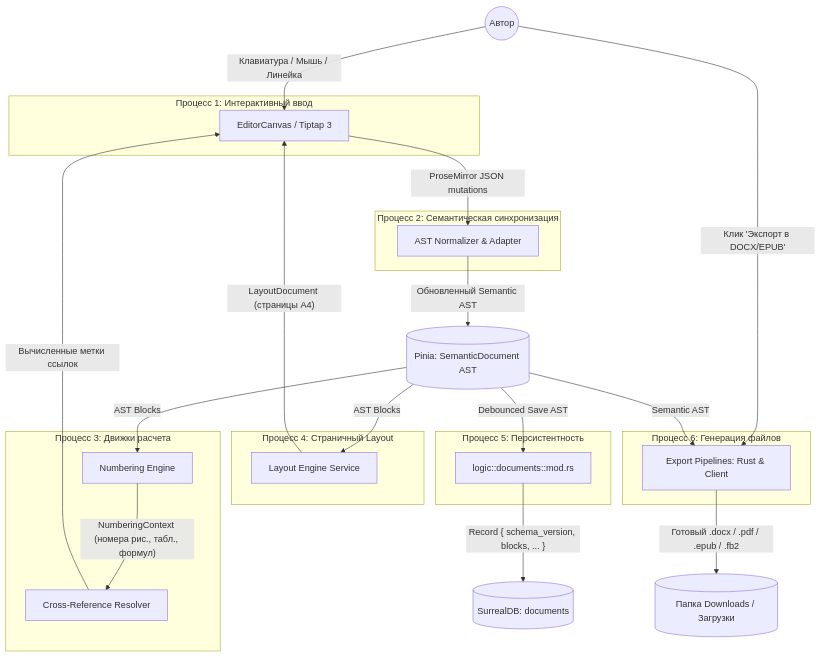
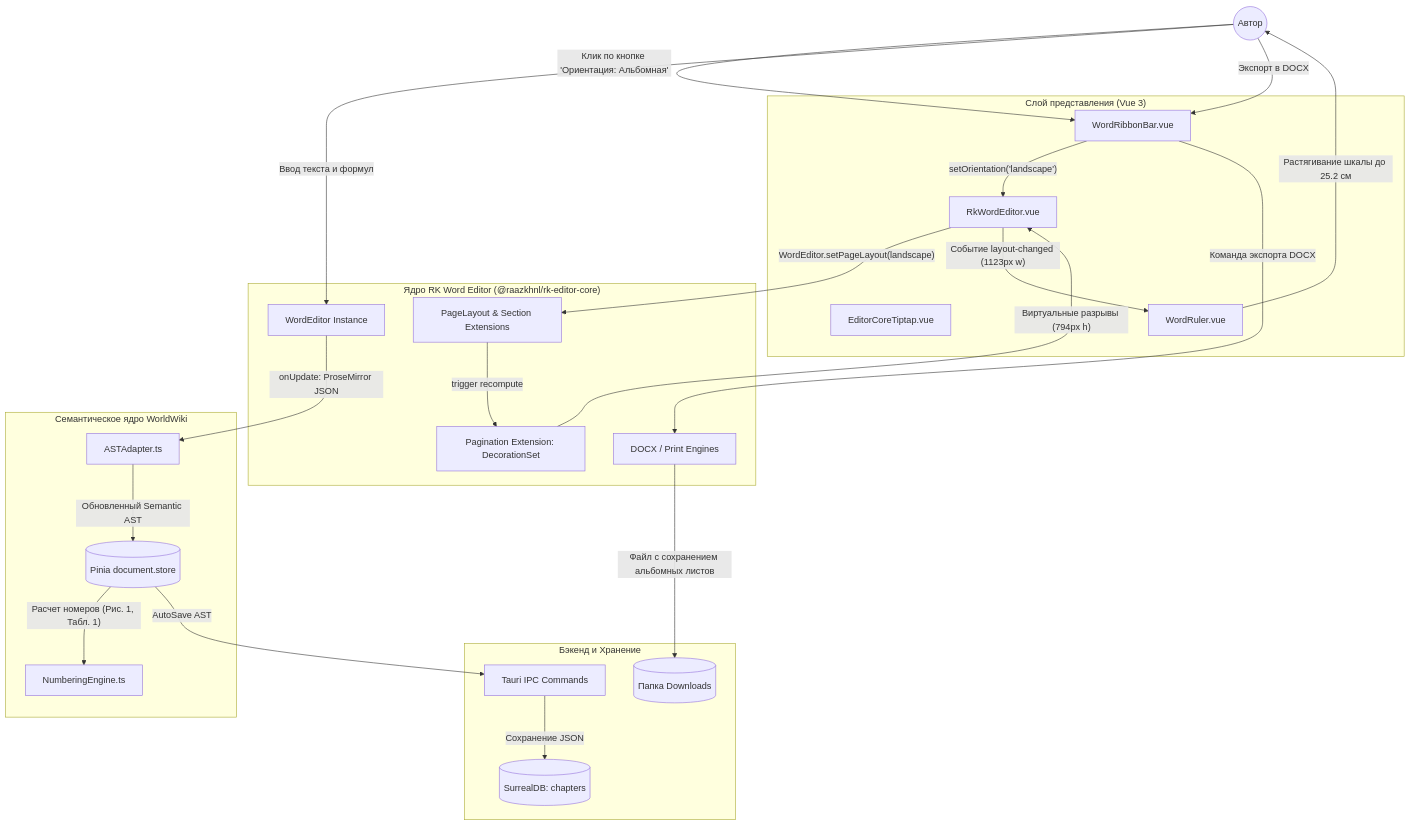
Before and after one commit to nagisokyn-prog/WorldWiki: the second of 4 diagrams in www.md, drawn with Mermaid. The commit also changed other lines of this file and 31 other files, not shown here.

Commit message:
feat: integrate RkWordEditor mode with ruler, ribbon bar, and paragraph formatting into the chapter editor

````diff
--- a/www.md
+++ b/www.md
@@ -279,51 +174,49 @@
 ```mermaid
 flowchart TD
     Author((Автор))
 
-    subgraph P1 ["Процесс 1: Интерактивный ввод"]
-        InputCtrl[EditorCanvas / Tiptap 3]
+    subgraph UI_Layer ["Слой представления (Vue 3)"]
+        EditorCore[EditorCoreTiptap.vue]
+        RkWrapper[RkWordEditor.vue]
+        Ruler[WordRuler.vue]
+        Ribbon[WordRibbonBar.vue]
     end
 
-    subgraph P2 ["Процесс 2: Семантическая синхронизация"]
-        ASTSync[AST Normalizer & Adapter]
+    subgraph RK_Engine ["Ядро RK Word Editor (@raazkhnl/rk-editor-core)"]
+        WEditor[WordEditor Instance]
+        PaginationExt[Pagination Extension: DecorationSet]
+        LayoutExt[PageLayout & Section Extensions]
+        ExportEngine[DOCX / Print Engines]
     end
 
-    subgraph P3 ["Процесс 3: Движки расчета"]
-        NumEngine[Numbering Engine]
-        RefResolver[Cross-Reference Resolver]
+    subgraph Semantic_Core ["Семантическое ядро WorldWiki"]
+        Adapter[ASTAdapter.ts]
+        NumEngine[NumberingEngine.ts]
+        DocStore[(Pinia document.store)]
     end
 
-    subgraph P4 ["Процесс 4: Страничный Layout"]
-        LayoutEngine[Layout Engine Service]
+    subgraph Storage_Backend ["Бэкенд и Хранение"]
+        TauriIPC[Tauri IPC Commands]
+        SurrealDB[(SurrealDB: chapters)]
+        Downloads[(Папка Downloads)]
     end
 
-    subgraph P5 ["Процесс 5: Персистентность"]
-        RustRepo[logic::documents::mod.rs]
-    end
+    Author -- "Клик по кнопке 'Ориентация: Альбомная'" --> Ribbon
+    Ribbon -- "setOrientation('landscape')" --> RkWrapper
+    RkWrapper -- "WordEditor.setPageLayout(landscape)" --> LayoutExt
+    LayoutExt -- "trigger recompute" --> PaginationExt
+    PaginationExt -- "Виртуальные разрывы (794px h)" --> RkWrapper
+    RkWrapper -- "Событие layout-changed (1123px w)" --> Ruler
+    Ruler -- "Растягивание шкалы до 25.2 см" --> Author
 
-    subgraph P6 ["Процесс 6: Генерация файлов"]
-        ExportOrchestrator[Export Pipelines: Rust & Client]
-    end
+    Author -- "Ввод текста и формул" --> WEditor
+    WEditor -- "onUpdate: ProseMirror JSON" --> Adapter
+    Adapter -- "Обновленный Semantic AST" --> DocStore
+    DocStore -- "Расчет номеров (Рис. 1, Табл. 1)" --> NumEngine
+    DocStore -- "AutoSave AST" --> TauriIPC
+    TauriIPC -- "Сохранение JSON" --> SurrealDB
 
-    PiniaStore[(Pinia: SemanticDocument AST)]
-    Surreal[(SurrealDB: documents)]
-    Downloads[(Папка Downloads / Загрузки)]
-
-    Author -- "Клавиатура / Мышь / Линейка" --> InputCtrl
-    InputCtrl -- "ProseMirror JSON mutations" --> ASTSync
-    ASTSync -- "Обновленный Semantic AST" --> PiniaStore
-
-    PiniaStore -- "AST Blocks" --> NumEngine
-    NumEngine -- "NumberingContext (номера рис., табл., формул)" --> RefResolver
-    RefResolver -- "Вычисленные метки ссылок" --> InputCtrl
-
-    PiniaStore -- "AST Blocks" --> LayoutEngine
-    LayoutEngine -- "LayoutDocument (страницы А4)" --> InputCtrl
-
-    PiniaStore -- "Debounced Save AST" --> RustRepo
-    RustRepo -- "Record { schema_version, blocks, ... }" --> Surreal
-
-    Author -- "Клик 'Экспорт в DOCX/EPUB'" --> ExportOrchestrator
-    PiniaStore -- "Semantic AST" --> ExportOrchestrator
-    ExportOrchestrator -- "Готовый .docx / .pdf / .epub / .fb2" --> Downloads
+    Author -- "Экспорт в DOCX" --> Ribbon
+    Ribbon -- "Команда экспорта DOCX" --> ExportEngine
+    ExportEngine -- "Файл с сохранением альбомных листов" --> Downloads
 ```
````
